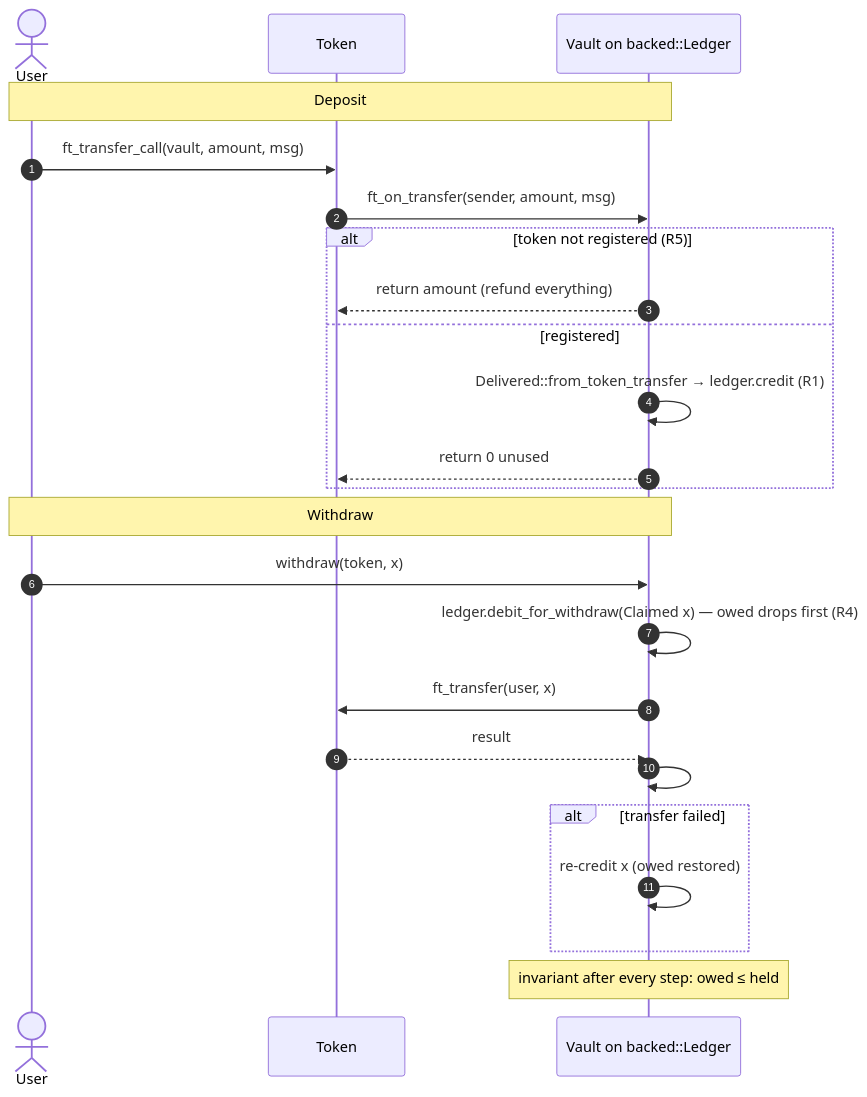
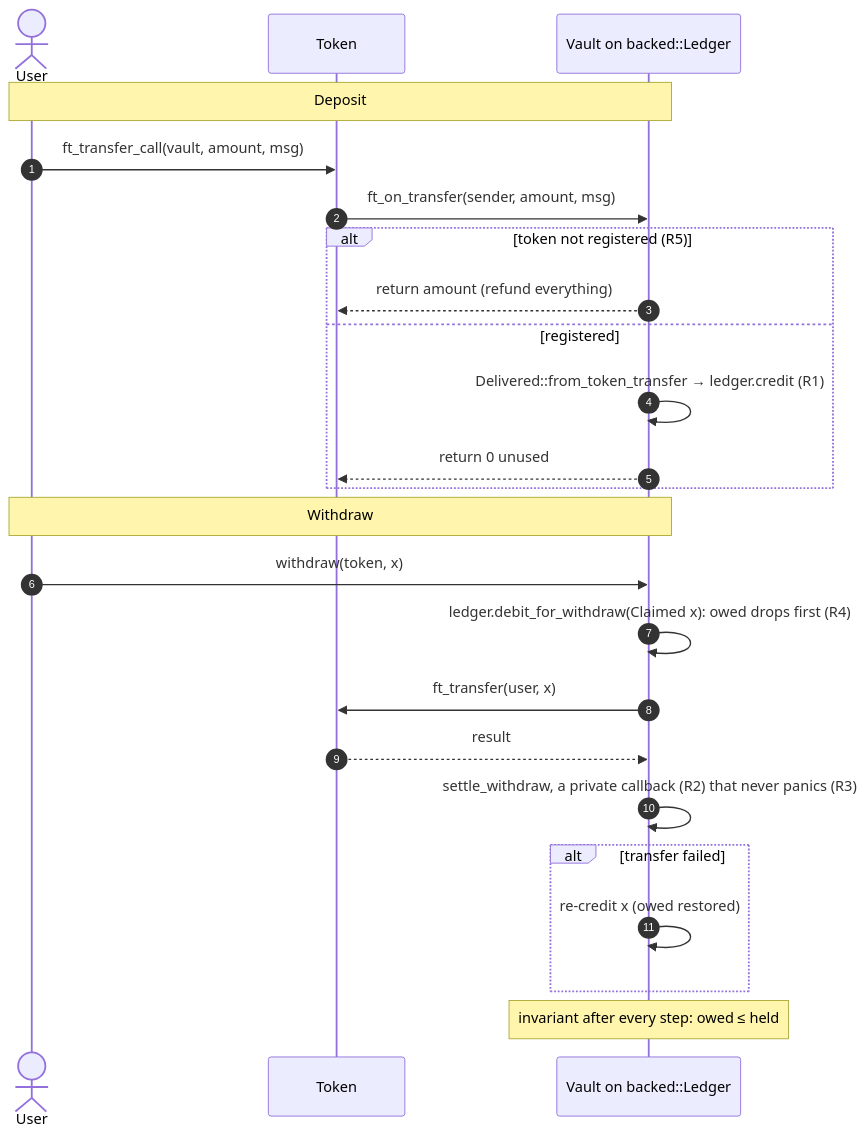
Before and after one commit to rohan911438/Backed: the sixth of 12 diagrams in README.md, drawn with Mermaid. The commit also changed other lines of this file and 1 other file, not shown here.

First line of the commit message:
README: fix and simplify Mermaid diagrams

````diff
--- a/README.md
+++ b/README.md
@@ -554,26 +546,26 @@
 ```mermaid
 sequenceDiagram
     autonumber
     actor A as User
     participant T as Token
     participant V as Vault on backed::Ledger
     Note over A,V: Deposit
     A->>T: ft_transfer_call(vault, amount, msg)
     T->>V: ft_on_transfer(sender, amount, msg)
     alt token not registered (R5)
         V-->>T: return amount (refund everything)
     else registered
         V->>V: Delivered::from_token_transfer → ledger.credit (R1)
         V-->>T: return 0 unused
     end
     Note over A,V: Withdraw
     A->>V: withdraw(token, x)
-    V->>V: ledger.debit_for_withdraw(Claimed x) — owed drops first (R4)
+    V->>V: ledger.debit_for_withdraw(Claimed x): owed drops first (R4)
     V->>T: ft_transfer(user, x)
     T-->>V: result
-    V->>V: #[private] settle_withdraw (R2) — never panics (R3)
+    V->>V: settle_withdraw, a private callback (R2) that never panics (R3)
     alt transfer failed
         V->>V: re-credit x (owed restored)
     end
     Note over V: invariant after every step: owed ≤ held
 ```
````
